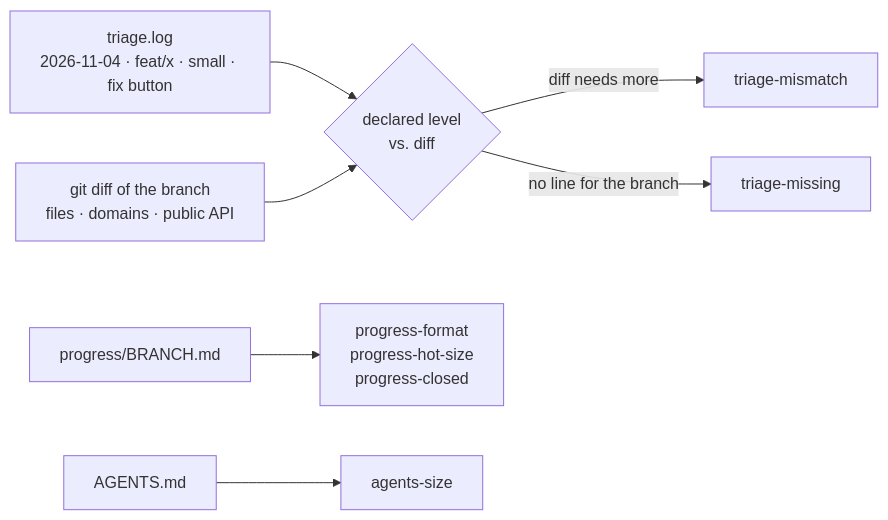
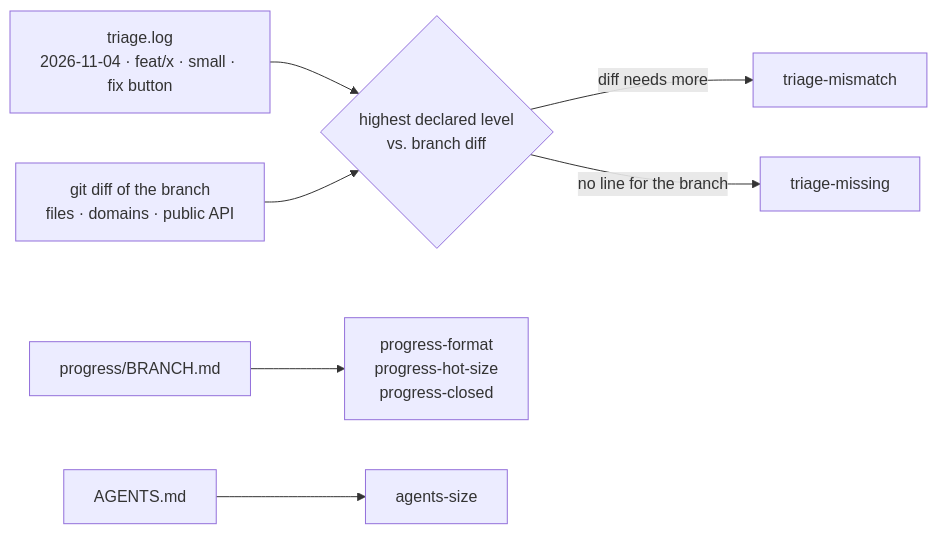
Before and after one commit to fredarcito/reins: diagram 13 of 18 in README.md, drawn with Mermaid. The commit also changed other lines of this file and 11 other files, not shown here.

````diff
--- a/README.md
+++ b/README.md
@@ -566,9 +566,9 @@
 ```mermaid
 flowchart LR
-    log["triage.log<br/>2026-11-04 · feat/x · small · fix button"] --> cmp{"declared level<br/>vs. diff"}
+    log["triage.log<br/>2026-11-04 · feat/x · small · fix button"] --> cmp{"highest declared level<br/>vs. branch diff"}
     diff["git diff of the branch<br/>files · domains · public API"] --> cmp
     cmp -- "diff needs more" --> mismatch["triage-mismatch"]
     cmp -- "no line for the branch" --> missing["triage-missing"]
     nb["progress/BRANCH.md"] --> fmt["progress-format<br/>progress-hot-size<br/>progress-closed"]
     agents["AGENTS.md"] --> size["agents-size"]
 ```
````
